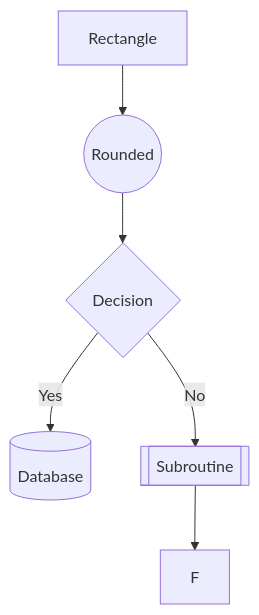
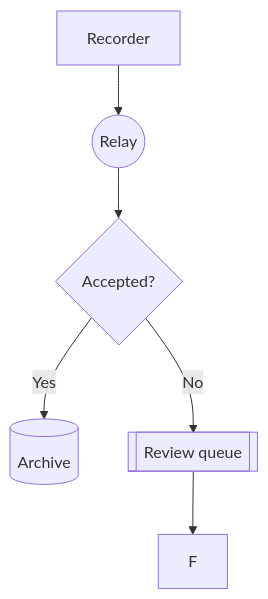
One commit to Desiment/opentui-markdown-render changed the second of 35 diagrams in examples/mermaid.md. Above: the diagram before and after it, drawn with Mermaid. The commit also changed other lines of this file and 36 other files, not shown here.

````diff
--- a/examples/mermaid.md
+++ b/examples/mermaid.md
@@ -23,8 +25,8 @@
 ```mermaid
 flowchart TD
-  A[Rectangle] --> B((Rounded))
-  B --> C{Decision}
-  C -->|Yes| D[(Database)]
-  C -->|No| E[[Subroutine]]
+  A[Recorder] --> B((Relay))
+  B --> C{Accepted?}
+  C -->|Yes| D[(Archive)]
+  C -->|No| E[[Review queue]]
   E --> F
 ```
````
